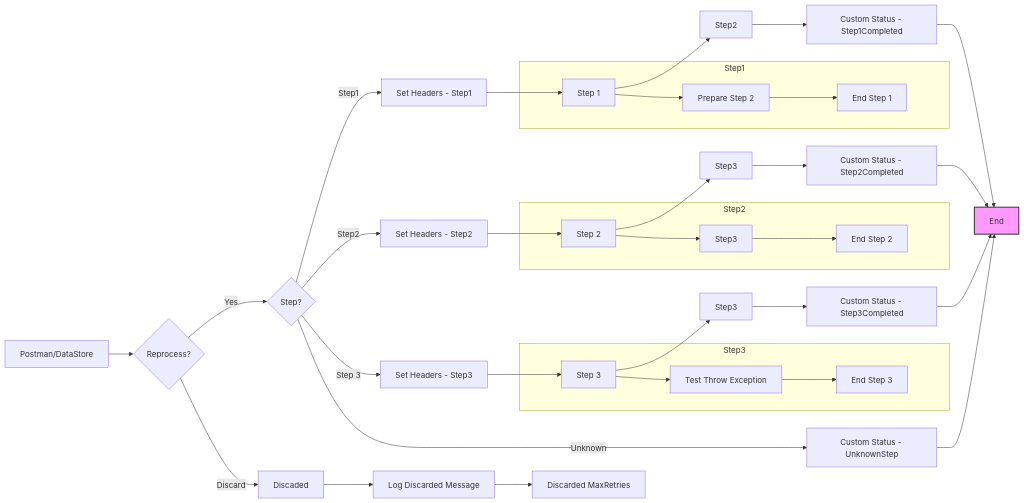
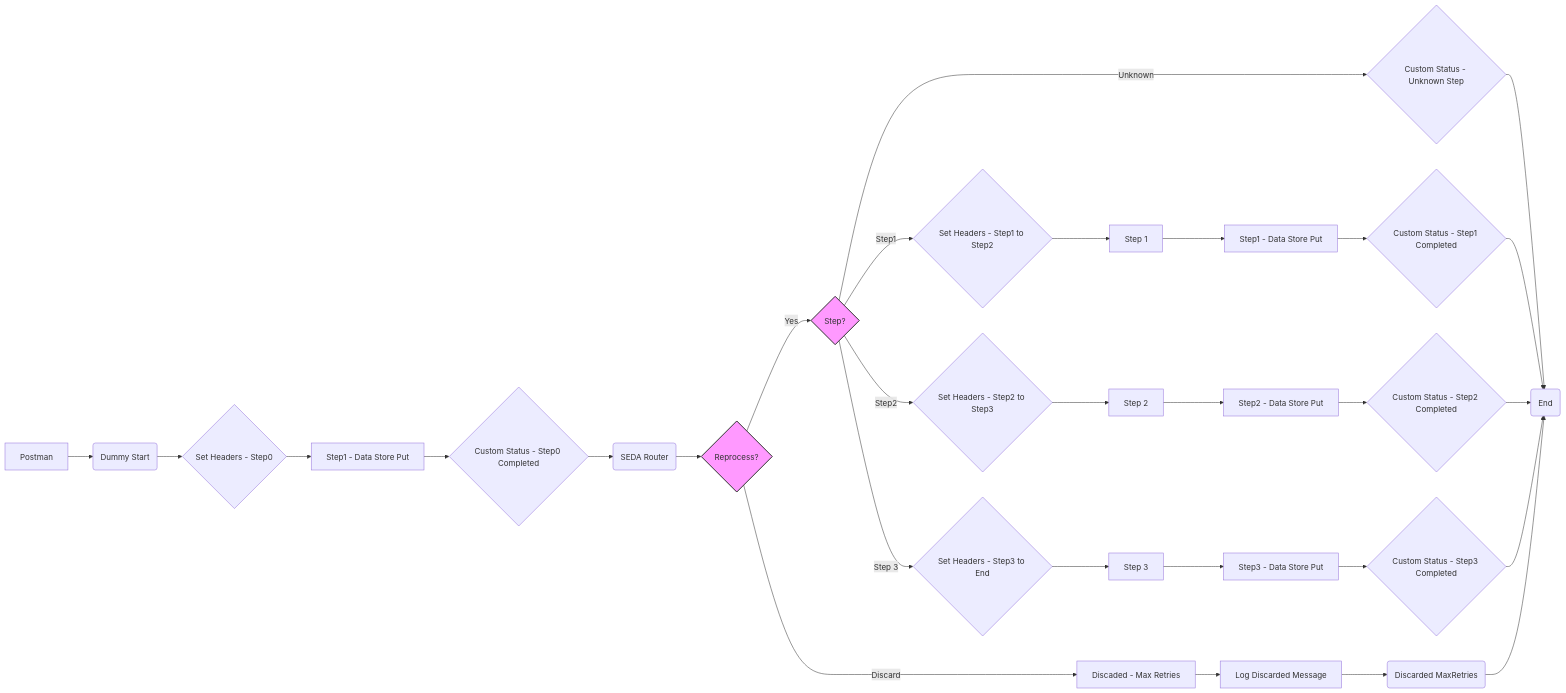
The diagram in MMZ - Templates/SEDA_Model_-_Single_DS_-_Restart_and_Discard-1.0.0/readme.md (Avvale-IA-CICD/AvvaleCPI), drawn with Mermaid before and after one commit. The commit also changed other lines of this file, not shown here.

Commit message:
Add/update documentation for SEDA_Model_-_Single_DS_-_Restart_and_Discard v1.0.0

````diff
--- a/MMZ - Templates/SEDA_Model_-_Single_DS_-_Restart_and_Discard-1.0.0/readme.md
+++ b/MMZ - Templates/SEDA_Model_-_Single_DS_-_Restart_and_Discard-1.0.0/readme.md
@@ -4,38 +4,33 @@
 ```mermaid
 graph LR
-    A[Postman/DataStore] --> B{Reprocess?}
-    B -- Yes --> C{Step?}
-    B -- Discard --> D[Discaded]
-    D --> E[Log Discarded Message]
-    E --> F[Discarded MaxRetries]
-    C -- Step1 --> G[Set Headers - Step1]
-    C -- Step2 --> H[Set Headers - Step2]
-    C -- Step 3 --> I[Set Headers - Step3]
-    C -- Unknown --> J[Custom Status - UnknownStep]
-	J --> K[End]
-    G --> L[Step 1]
-    H --> M[Step 2]
-    I --> N[Step 3]
-    L --> O[Step2]
-    M --> P[Step3]
-    N --> Q[Step3]
-    O --> R[Custom Status - Step1Completed]
-    P --> S[Custom Status - Step2Completed]
-    Q --> T[Custom Status - Step3Completed]
-	R --> K[End]
-	S --> K[End]
-	T --> K[End]
-    subgraph Step1
-        L --> Prep2[Prepare Step 2]
-        Prep2 --> End1[End Step 1]
-    end
-    subgraph Step2
-        M --> Store3[Step3]
-        Store3 --> End2[End Step 2]
-    end
-    subgraph Step3
-        N --> testTrowExcp[Test Throw Exception]
-        testTrowExcp --> End3[End Step 3]
-    end
-	style K fill:#f9f,stroke:#333,stroke-width:2px
+    A[Postman] --> B(Dummy Start)
+    B --> C{Set Headers - Step0}
+    C --> D[Step1 - Data Store Put]
+    D --> E{Custom Status - Step0 Completed}
+    E --> F(SEDA Router)
+    F --> G{Reprocess?}
+    G -- Yes --> H{Step?}
+    G -- Discard --> I[Discaded - Max Retries]
+    I --> J[Log Discarded Message]
+    J --> K(Discarded MaxRetries)
+    H -- Step1 --> L{Set Headers - Step1 to Step2}
+    H -- Step2 --> M{Set Headers - Step2 to Step3}
+    H -- Step 3 --> N{Set Headers - Step3 to End}
+    H -- Unknown --> O{Custom Status - Unknown Step}
+    O --> P(End)
+    L --> Q[Step 1]
+    M --> R[Step 2]
+    N --> S[Step 3]
+    Q --> T[Step1 - Data Store Put]
+    R --> U[Step2 - Data Store Put]
+    S --> V[Step3 - Data Store Put]
+    T --> W{Custom Status - Step1 Completed}
+    U --> X{Custom Status - Step2 Completed}
+    V --> Y{Custom Status - Step3 Completed}
+    W --> P
+    X --> P
+    Y --> P
+    K --> P
+    style G fill:#f9f,stroke:#333,stroke-width:2px
+    style H fill:#f9f,stroke:#333,stroke-width:2px
 ```
````
